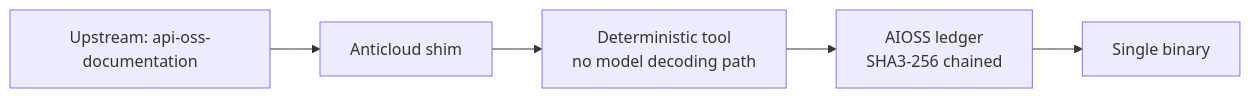
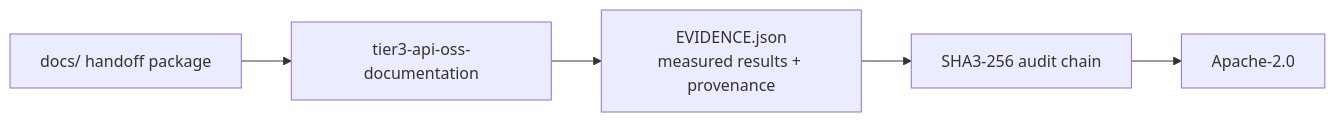
Before and after one commit to the-anticloud/tier3-api-oss-documentation: the diagram in README.md, drawn with Mermaid. The commit also changed other lines of this file and 10 other files, not shown here.

````diff
--- a/README.md
+++ b/README.md
@@ -11,7 +22,7 @@
 ```mermaid
 graph LR
-    U[Upstream: api-oss-documentation] --> S[Anticloud shim]
-    S --> T[Deterministic tool<br/>no model decoding path]
-    T --> A[AIOSS ledger<br/>SHA3-256 chained]
-    A --> B[Single binary]
+    D[docs/ handoff package] --> R[tier3-api-oss-documentation]
+    R --> E[EVIDENCE.json\nmeasured results + provenance]
+    E --> A[SHA3-256 audit chain]
+    A --> L[Apache-2.0]
 ```
````
